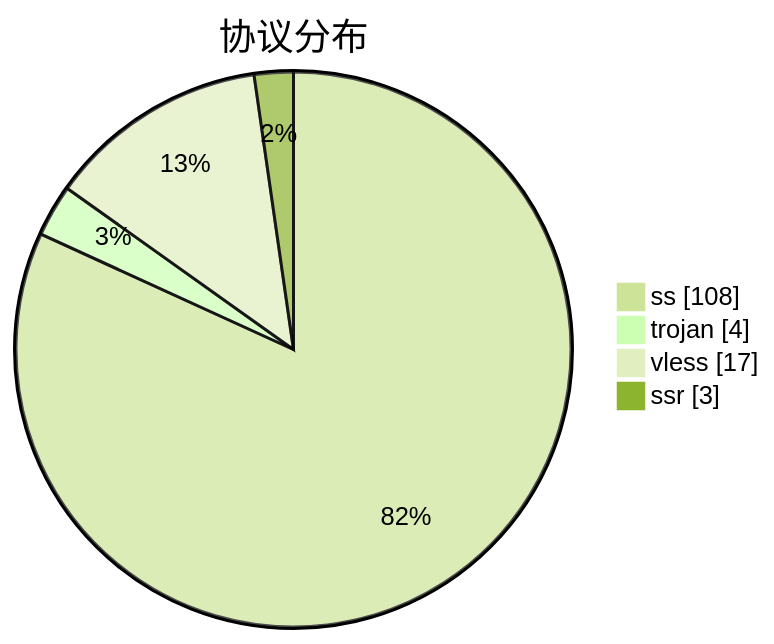
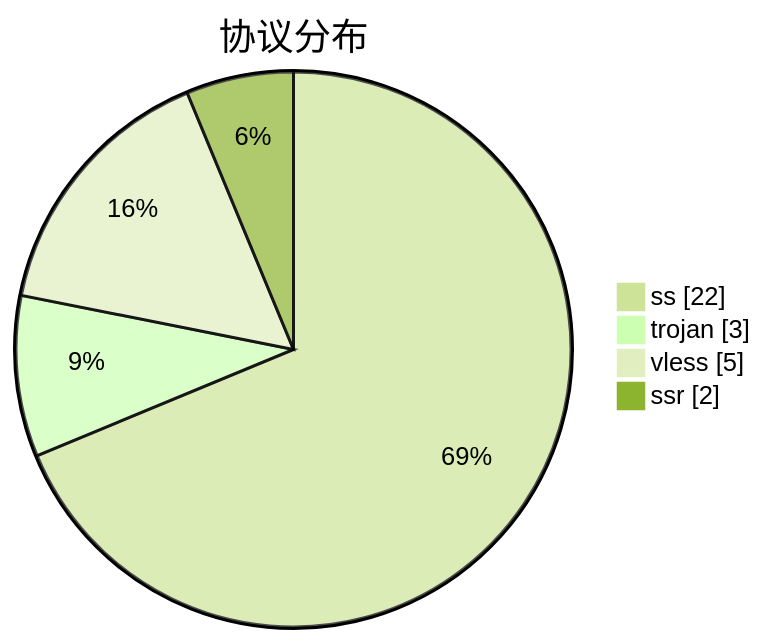
One commit to qjlxg/airport changed the third of 3 diagrams in subs/statistics/tested_within.md. Above: the diagram before and after it, drawn with Mermaid (forest theme). The commit also changed other lines of this file and 2 other files, not shown here.

````diff
--- a/subs/statistics/tested_within.md
+++ b/subs/statistics/tested_within.md
@@ -32,8 +22,8 @@
 ```mermaid
 pie showData
 title 协议分布
-"ss" : 108
-"trojan" : 4
-"vless" : 17
-"ssr" : 3
+"ss" : 22
+"trojan" : 3
+"vless" : 5
+"ssr" : 2
 ```
````
